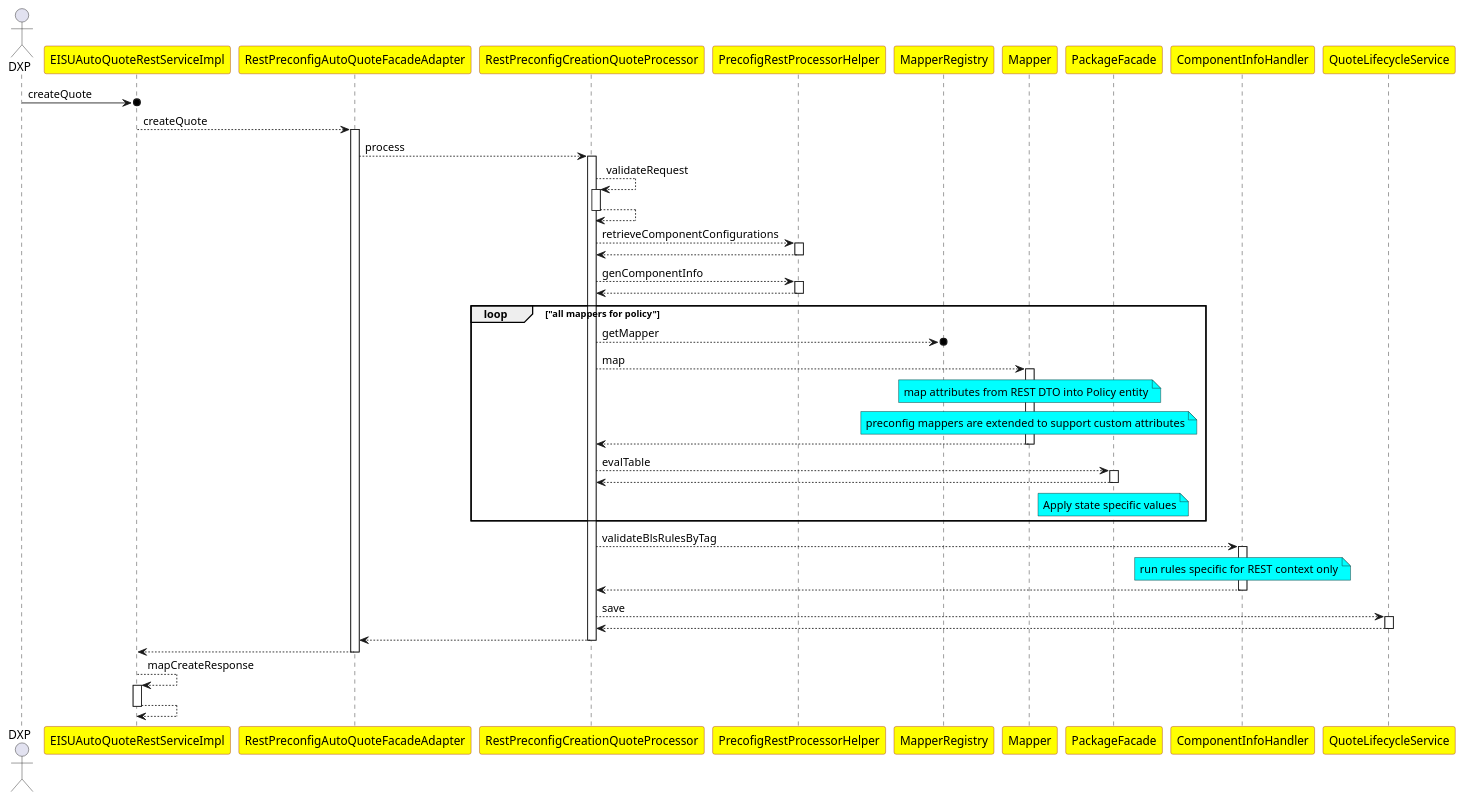
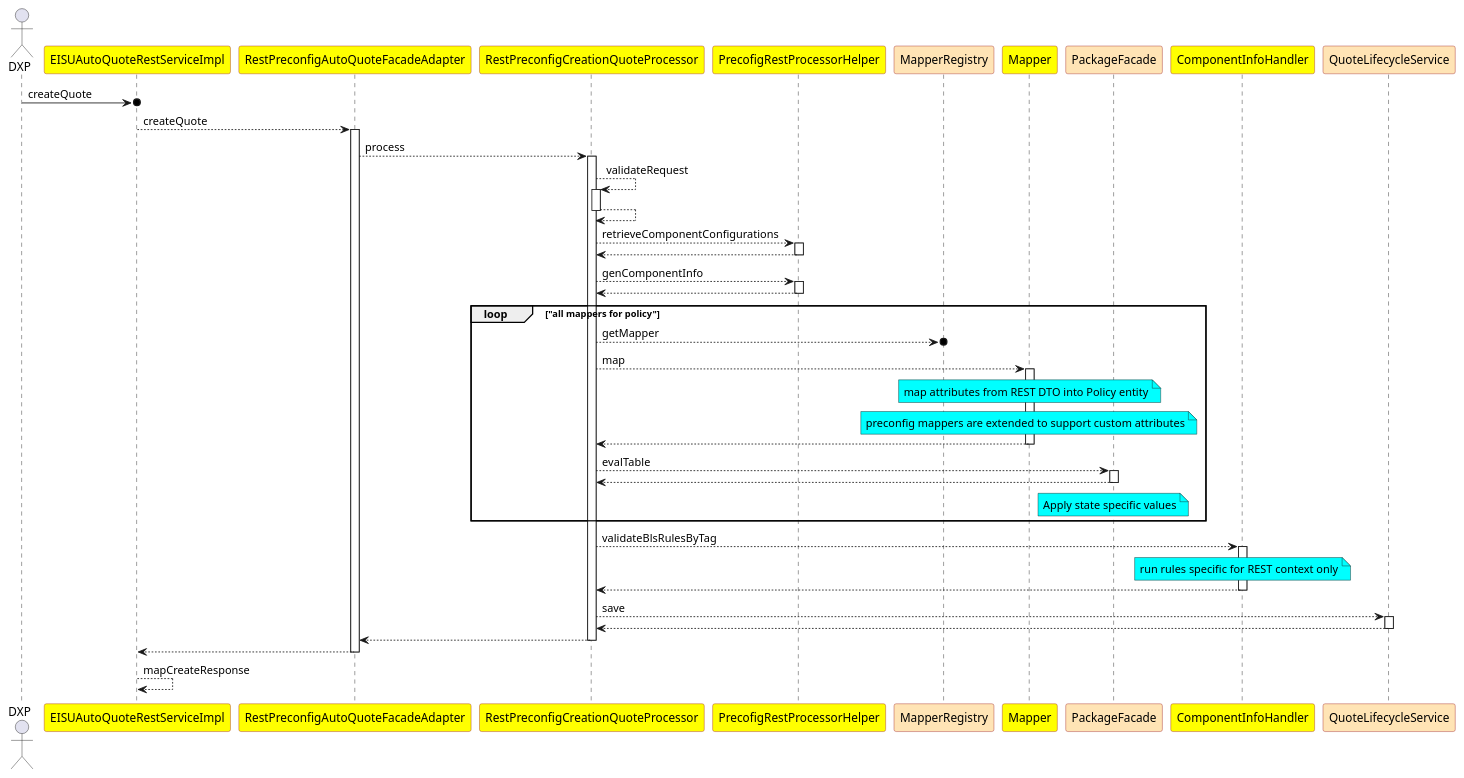
The diagram in qq-sequence-create.puml (evgueni-spb/bootcamp), drawn with PlantUML before and after one commit. The commit also changed 5 other files, not shown here.

Commit message:
added qq sequence issue diagram

```diff
--- a/qq-sequence-create.puml
+++ b/qq-sequence-create.puml
@@ -1,55 +1,54 @@
 @startuml
 
 skinparam  participant {
   BackgroundColor yellow
   BorderColor brown
 }
 
 actor DXP
 
 participant EISUAutoQuoteRestServiceImpl
 participant RestPreconfigAutoQuoteFacadeAdapter
 participant RestPreconfigCreationQuoteProcessor
 participant PrecofigRestProcessorHelper
-participant MapperRegistry
+participant MapperRegistry #moccasin
 participant Mapper
-participant PackageFacade
+participant PackageFacade #moccasin
 participant ComponentInfoHandler
-participant QuoteLifecycleService
+participant QuoteLifecycleService #moccasin
 
 
 
 DXP ->o EISUAutoQuoteRestServiceImpl:createQuote
 EISUAutoQuoteRestServiceImpl --> RestPreconfigAutoQuoteFacadeAdapter ++: createQuote
 RestPreconfigAutoQuoteFacadeAdapter --> RestPreconfigCreationQuoteProcessor ++: process
 RestPreconfigCreationQuoteProcessor --> RestPreconfigCreationQuoteProcessor ++: validateRequest
 return
 RestPreconfigCreationQuoteProcessor --> PrecofigRestProcessorHelper ++:retrieveComponentConfigurations
 return
 RestPreconfigCreationQuoteProcessor --> PrecofigRestProcessorHelper ++:genComponentInfo
 return
 loop "all mappers for policy"
 RestPreconfigCreationQuoteProcessor -->o MapperRegistry:getMapper
 RestPreconfigCreationQuoteProcessor --> Mapper ++:map
 note over Mapper #aqua: map attributes from REST DTO into Policy entity
 note over Mapper #aqua: preconfig mappers are extended to support custom attributes
 return
 RestPreconfigCreationQuoteProcessor --> PackageFacade ++:evalTable
 return
 note over PackageFacade #aqua: Apply state specific values
 end
 
 RestPreconfigCreationQuoteProcessor --> ComponentInfoHandler ++: validateBlsRulesByTag
 note over ComponentInfoHandler #aqua: run rules specific for REST context only
 return
 RestPreconfigCreationQuoteProcessor --> QuoteLifecycleService ++:save
 return
 return
 return
-EISUAutoQuoteRestServiceImpl --> EISUAutoQuoteRestServiceImpl ++:mapCreateResponse
-return
+EISUAutoQuoteRestServiceImpl --> EISUAutoQuoteRestServiceImpl :mapCreateResponse
 
 
 
 
 @enduml
```
